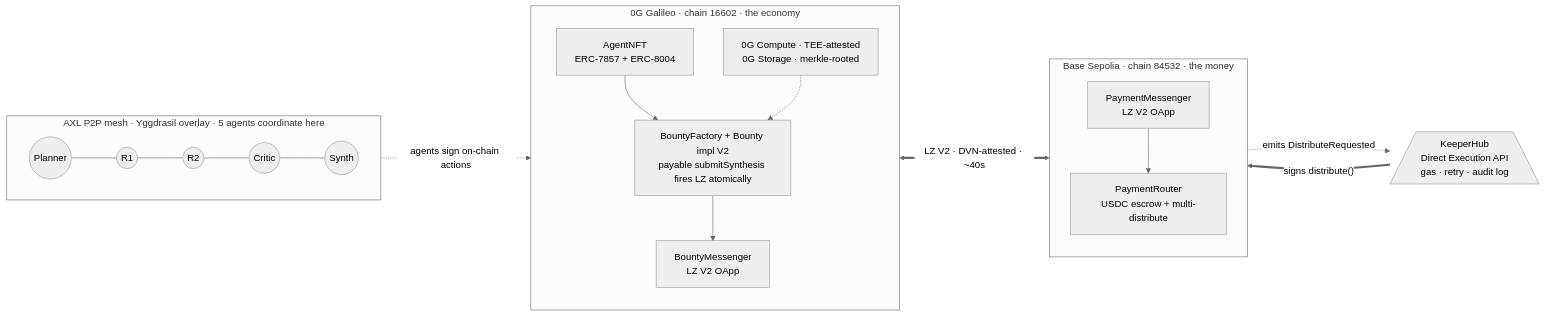
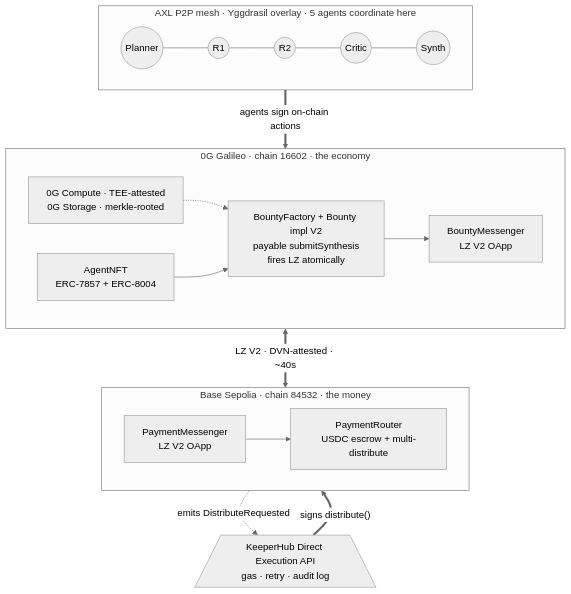
Before and after one commit to Himess/scholar-swarm: the diagram in README.md, drawn with Mermaid (neutral theme).

Commit message:
mermaid: flip architecture diagram TB so README column fits the labels
LR layout was being squished into a thin strip on github.com — text
unreadable without click-to-zoom. TB at the top level (with LR inside
each subgraph) makes the diagram tall+narrow, which is what GitHub's
README column actually wants. Same nodes, same edges.

````diff
--- a/README.md
+++ b/README.md
@@ -161,31 +161,31 @@
 ```mermaid
-flowchart LR
+flowchart TB
     subgraph mesh["AXL P2P mesh · Yggdrasil overlay · 5 agents coordinate here"]
       direction LR
       P((Planner)) --- R1((R1)) --- R2((R2)) --- C((Critic)) --- S((Synth))
     end
 
     subgraph og["0G Galileo · chain 16602 · the economy"]
-      direction TB
+      direction LR
       og_id["AgentNFT<br/>ERC-7857 + ERC-8004"]
-      og_b["BountyFactory + Bounty impl V2<br/>payable submitSynthesis fires LZ atomically"]
+      og_b["BountyFactory + Bounty impl V2<br/>payable submitSynthesis<br/>fires LZ atomically"]
       og_msg["BountyMessenger<br/>LZ V2 OApp"]
       og_inf["0G Compute · TEE-attested<br/>0G Storage · merkle-rooted"]
+      og_inf -.-> og_b
       og_id --> og_b --> og_msg
-      og_inf -.-> og_b
     end
 
     subgraph base["Base Sepolia · chain 84532 · the money"]
-      direction TB
+      direction LR
       base_msg["PaymentMessenger<br/>LZ V2 OApp"]
       base_pr["PaymentRouter<br/>USDC escrow + multi-distribute"]
       base_msg --> base_pr
     end
 
-    kh[/"KeeperHub<br/>Direct Execution API<br/>gas · retry · audit log"\]
+    kh[/"KeeperHub Direct Execution API<br/>gas · retry · audit log"\]
 
-    mesh -.->|"agents sign on-chain actions"| og
+    mesh ==>|"agents sign on-chain actions"| og
     og_msg <==>|"LZ V2 · DVN-attested · ~40s"| base_msg
     base_msg -.->|"emits DistributeRequested"| kh
     kh ==>|"signs distribute()"| base_pr
 ```
````
